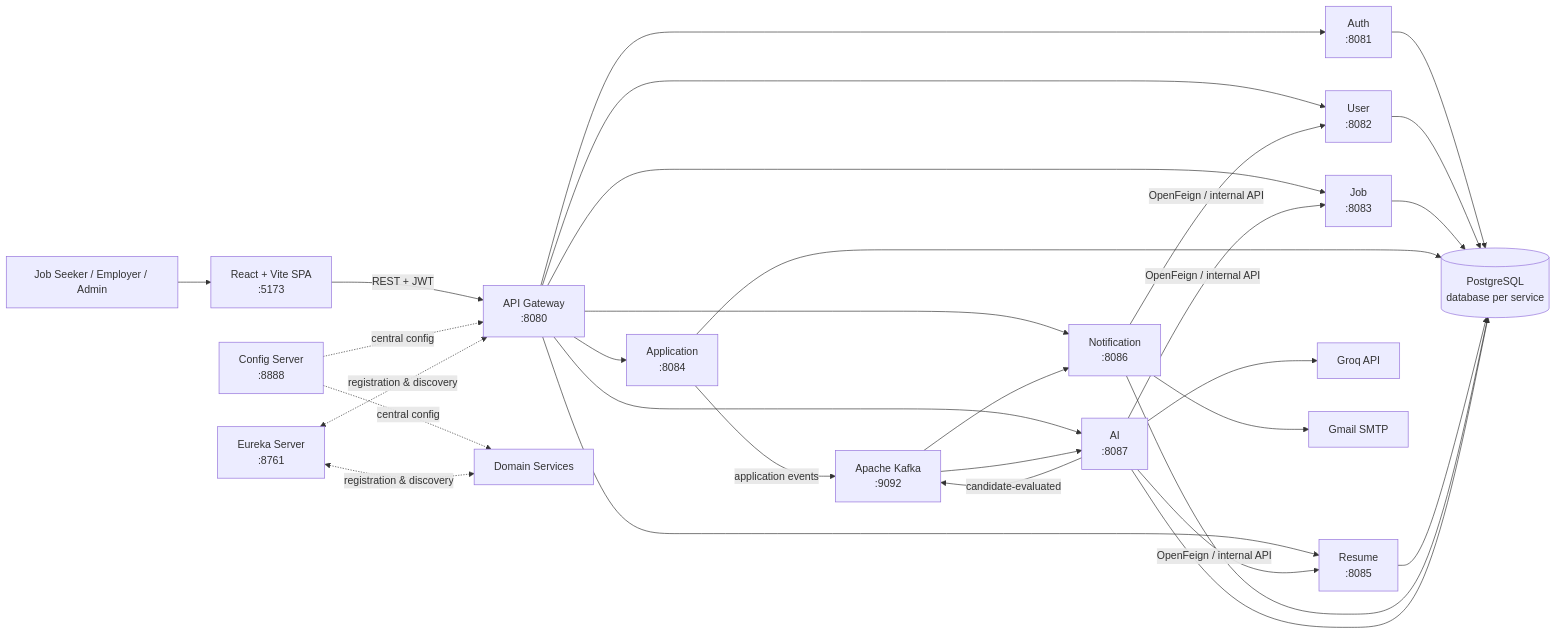
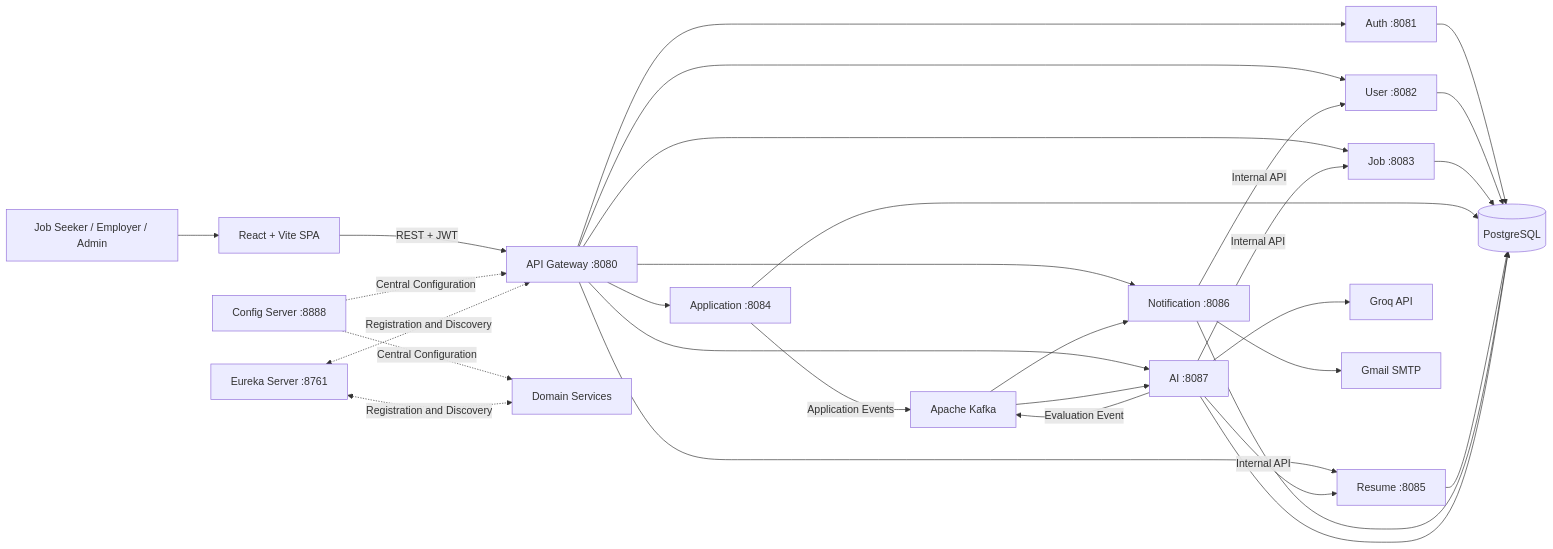
Before and after one commit to kirusigan03/AI_Job_Portal: the second of 4 diagrams in README.md, drawn with Mermaid. The commit also changed other lines of this file, not shown here.

````diff
--- a/README.md
+++ b/README.md
@@ -75,36 +253,38 @@
 ```mermaid
 flowchart LR
-    U[Job Seeker / Employer / Admin] --> FE[React + Vite SPA<br/>:5173]
-    FE -->|REST + JWT| GW[API Gateway<br/>:8080]
+    U[Job Seeker / Employer / Admin] --> FE[React + Vite SPA]
+    FE -->|REST + JWT| GW[API Gateway :8080]
 
-    CS[Config Server<br/>:8888] -. central config .-> GW
-    CS -. central config .-> MS[Domain Services]
-    EU[Eureka Server<br/>:8761] <-. registration & discovery .-> GW
-    EU <-. registration & discovery .-> MS
+    CS[Config Server :8888] -. Central Configuration .-> GW
+    CS -. Central Configuration .-> MS[Domain Services]
 
-    GW --> AU[Auth<br/>:8081]
-    GW --> US[User<br/>:8082]
-    GW --> JS[Job<br/>:8083]
-    GW --> AS[Application<br/>:8084]
-    GW --> RS[Resume<br/>:8085]
-    GW --> NS[Notification<br/>:8086]
-    GW --> AI[AI<br/>:8087]
+    EU[Eureka Server :8761] <-. Registration and Discovery .-> GW
+    EU <-. Registration and Discovery .-> MS
 
-    AU --> PG[(PostgreSQL<br/>database per service)]
+    GW --> AU[Auth :8081]
+    GW --> US[User :8082]
+    GW --> JS[Job :8083]
+    GW --> AS[Application :8084]
+    GW --> RS[Resume :8085]
+    GW --> NS[Notification :8086]
+    GW --> AI[AI :8087]
+
+    AU --> PG[(PostgreSQL)]
     US --> PG
     JS --> PG
     AS --> PG
     RS --> PG
     NS --> PG
     AI --> PG
 
-    AS -->|application events| K[Apache Kafka<br/>:9092]
+    AS -->|Application Events| K[Apache Kafka]
     K --> AI
     K --> NS
-    AI -->|candidate-evaluated| K
-    AI -->|OpenFeign / internal API| JS
-    AI -->|OpenFeign / internal API| RS
+    AI -->|Evaluation Event| K
+
+    AI -->|Internal API| JS
+    AI -->|Internal API| RS
     AI --> GROQ[Groq API]
-    NS -->|OpenFeign / internal API| US
+    NS -->|Internal API| US
     NS --> SMTP[Gmail SMTP]
 ```
````
